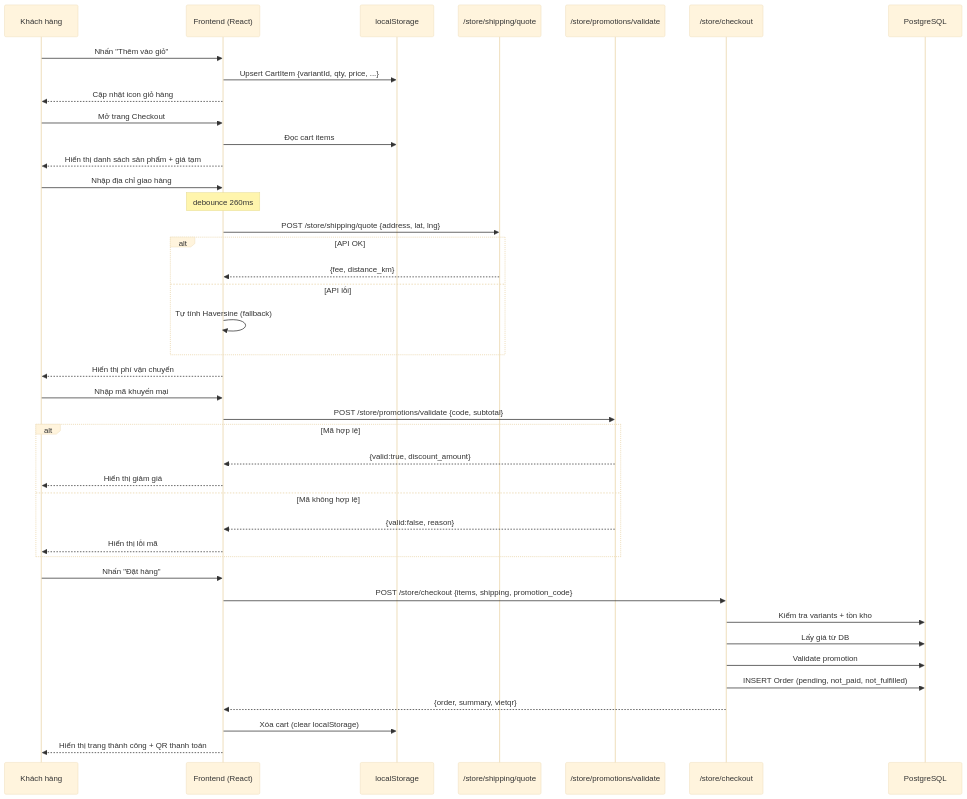
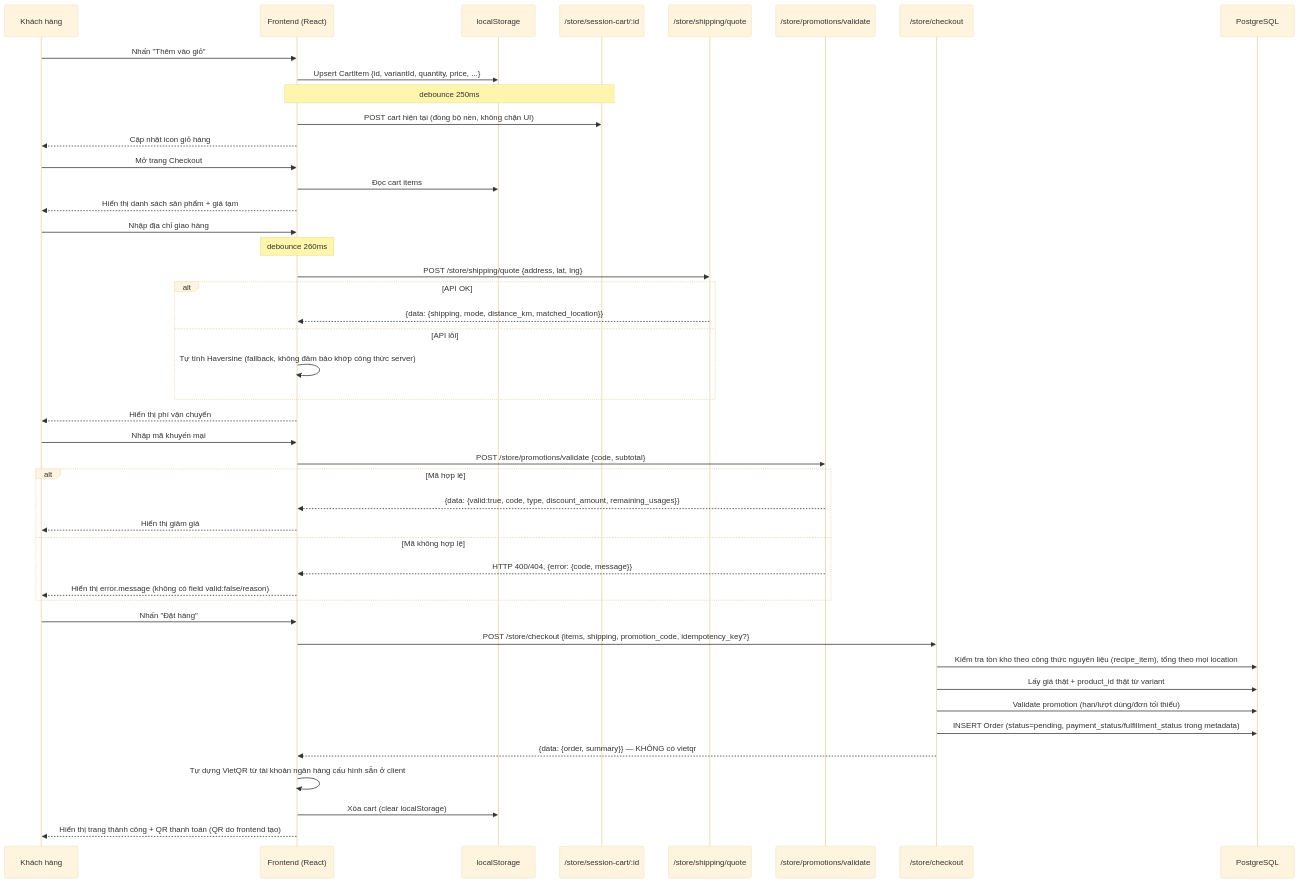
Before and after one commit to pathust/mong.fruitboxz: the first of 4 diagrams in docs/03-cart-checkout/data-flow.md, drawn with Mermaid (base theme). The commit also changed other lines of this file and 1 other file, not shown here.

````diff
--- a/docs/03-cart-checkout/data-flow.md
+++ b/docs/03-cart-checkout/data-flow.md
@@ -9,48 +9,52 @@
 ```mermaid
 sequenceDiagram
     participant U as Khách hàng
     participant SF as Frontend (React)
     participant LS as localStorage
+    participant SESS as /store/session-cart/:id
     participant SHIP as /store/shipping/quote
     participant PROMO as /store/promotions/validate
     participant CHK as /store/checkout
     participant DB as PostgreSQL
 
     U->>SF: Nhấn "Thêm vào giỏ"
-    SF->>LS: Upsert CartItem {variantId, qty, price, ...}
+    SF->>LS: Upsert CartItem {id, variantId, quantity, price, ...}
+    Note over SF,SESS: debounce 250ms
+    SF->>SESS: POST cart hiện tại (đồng bộ nền, không chặn UI)
     SF-->>U: Cập nhật icon giỏ hàng
 
     U->>SF: Mở trang Checkout
     SF->>LS: Đọc cart items
     SF-->>U: Hiển thị danh sách sản phẩm + giá tạm
 
     U->>SF: Nhập địa chỉ giao hàng
     Note over SF: debounce 260ms
     SF->>SHIP: POST /store/shipping/quote {address, lat, lng}
     alt API OK
-        SHIP-->>SF: {fee, distance_km}
+        SHIP-->>SF: {data: {shipping, mode, distance_km, matched_location}}
     else API lỗi
-        SF->>SF: Tự tính Haversine (fallback)
+        SF->>SF: Tự tính Haversine (fallback, không đảm bảo khớp công thức server)
     end
     SF-->>U: Hiển thị phí vận chuyển
 
     U->>SF: Nhập mã khuyến mại
     SF->>PROMO: POST /store/promotions/validate {code, subtotal}
     alt Mã hợp lệ
-        PROMO-->>SF: {valid:true, discount_amount}
+        PROMO-->>SF: {data: {valid:true, code, type, discount_amount, remaining_usages}}
         SF-->>U: Hiển thị giảm giá
     else Mã không hợp lệ
-        PROMO-->>SF: {valid:false, reason}
-        SF-->>U: Hiển thị lỗi mã
+        PROMO-->>SF: HTTP 400/404, {error: {code, message}}
+        SF-->>U: Hiển thị error.message (không có field valid:false/reason)
     end
 
     U->>SF: Nhấn "Đặt hàng"
-    SF->>CHK: POST /store/checkout {items, shipping, promotion_code}
-    CHK->>DB: Kiểm tra variants + tồn kho
-    CHK->>DB: Lấy giá từ DB
-    CHK->>DB: Validate promotion
-    CHK->>DB: INSERT Order (pending, not_paid, not_fulfilled)
-    CHK-->>SF: {order, summary, vietqr}
+    SF->>CHK: POST /store/checkout {items, shipping, promotion_code, idempotency_key?}
+    CHK->>DB: Kiểm tra tồn kho theo công thức nguyên liệu (recipe_item), tổng theo mọi location
+    CHK->>DB: Lấy giá thật + product_id thật từ variant
+    CHK->>DB: Validate promotion (hạn/lượt dùng/đơn tối thiểu)
+    CHK->>DB: INSERT Order (status=pending, payment_status/fulfillment_status trong metadata)
+    CHK-->>SF: {data: {order, summary}} — KHÔNG có vietqr
+    SF->>SF: Tự dựng VietQR từ tài khoản ngân hàng cấu hình sẵn ở client
     SF->>LS: Xóa cart (clear localStorage)
-    SF-->>U: Hiển thị trang thành công + QR thanh toán
+    SF-->>U: Hiển thị trang thành công + QR thanh toán (QR do frontend tạo)
 ```
````
